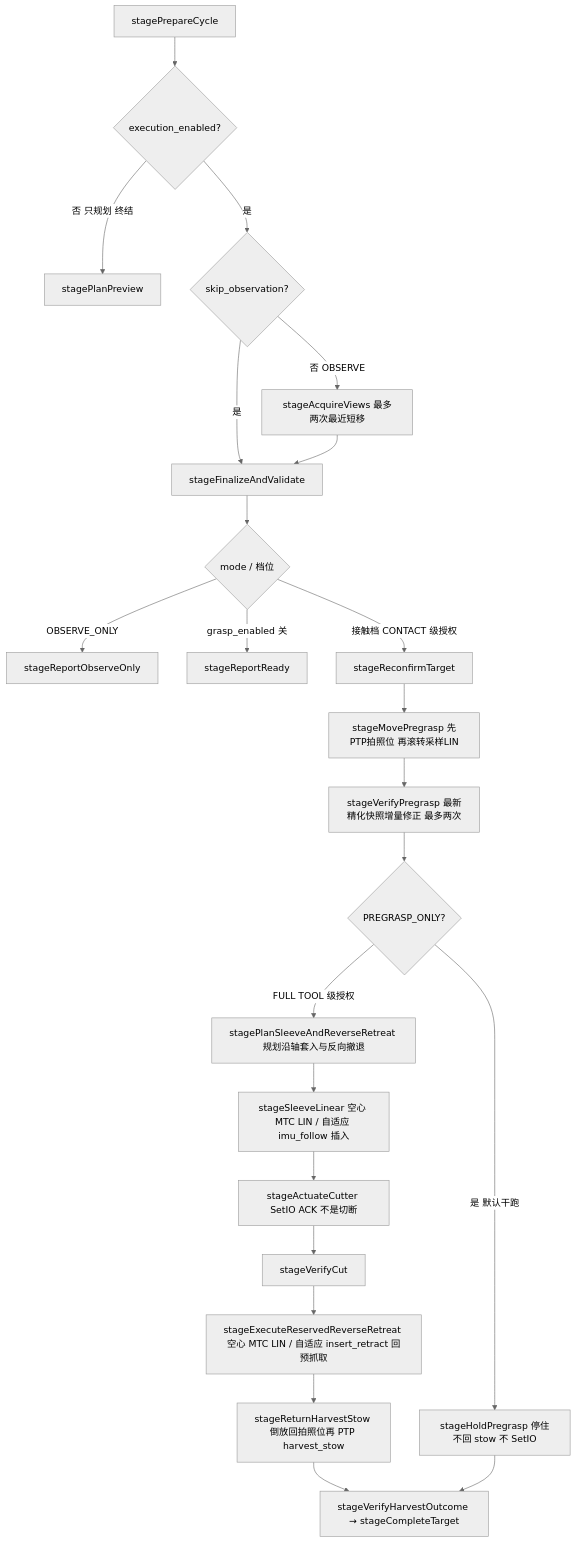
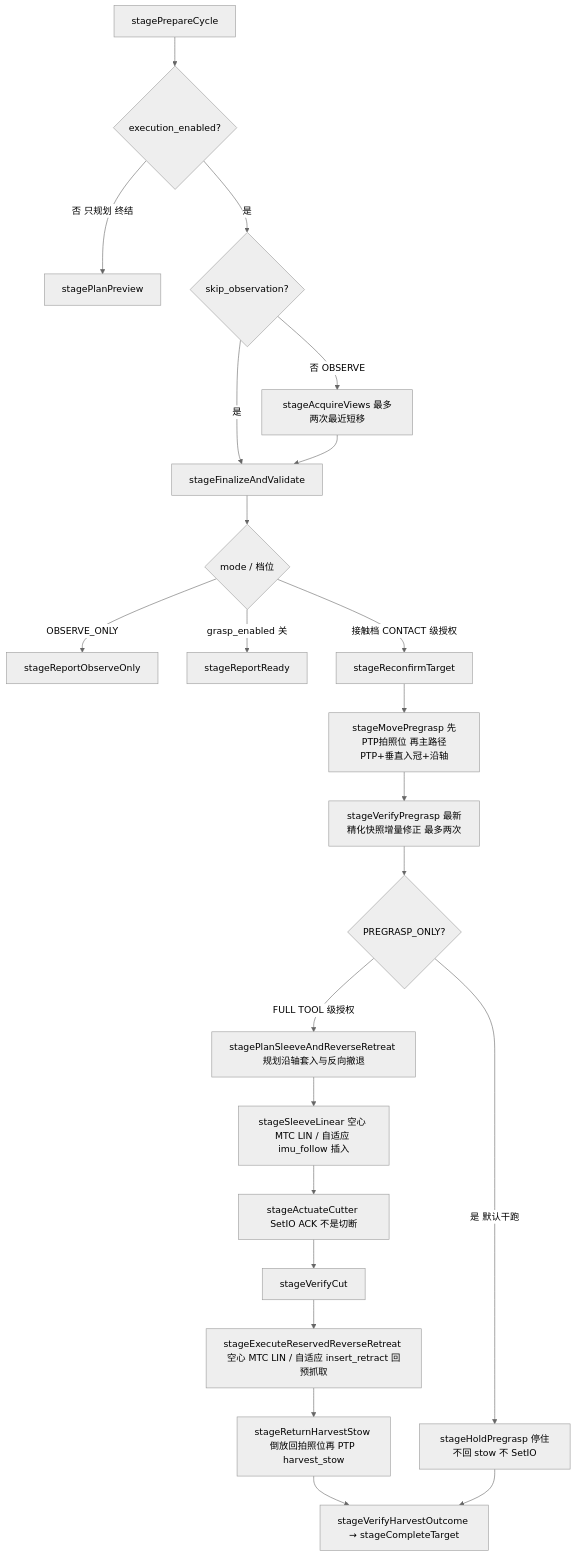
Before and after one commit to MUHAN11-c/aubo_boot: diagram 13 of 15 in docs/architecture.md, drawn with Mermaid (neutral theme). The commit also changed other lines of this file and 5 other files, not shown here.

Commit message:
docs(plan) peach E2E 测试方案 v1.2 + 活文档同步收口：已删 IDL 契约预留勘正（JobIntent/HarvestEvent/MatchStatus 随 e2f37ff 删）、回放塔 09-23 v4 三路点重封口径追平（43be561 欠账）、批次4-7/v4d 行为追平（档位门/实测行程判据/reconstruct_in_trajectory/deactivate 有界化/Pilz sequence blend）、RunHarvest request_id 空值 auto 时间戳兜底口径；peach_arm.yaml 接近段注释措辞收口（数值零变动）

````diff
--- a/docs/architecture.md
+++ b/docs/architecture.md
@@ -922,26 +922,26 @@
 ```mermaid
 flowchart TD
   Prep[stagePrepareCycle]
   Prep --> planOnly{execution_enabled?}
   planOnly -->|否 只规划 终结| Preview[stagePlanPreview]
   planOnly -->|是| skipObs{skip_observation?}
   skipObs -->|否 OBSERVE| Views[stageAcquireViews 最多两次最近短移]
   skipObs -->|是| Quality[stageFinalizeAndValidate]
   Views --> Quality
   Quality --> mode{mode / 档位}
   mode -->|OBSERVE_ONLY| RepObs[stageReportObserveOnly]
   mode -->|grasp_enabled 关| RepReady[stageReportReady]
   mode -->|接触档 CONTACT 级授权| Rec[stageReconfirmTarget]
-  Rec --> Move[stageMovePregrasp 先PTP拍照位 再滚转采样LIN]
+  Rec --> Move[stageMovePregrasp 先PTP拍照位 再主路径PTP+垂直入冠+沿轴]
   Move --> Ver[stageVerifyPregrasp 最新精化快照增量修正 最多两次]
   Ver --> pg{PREGRASP_ONLY?}
   pg -->|是 默认干跑| Hold[stageHoldPregrasp 停住不回 stow 不 SetIO]
   pg -->|FULL TOOL 级授权| Sleeve[stagePlanSleeveAndReverseRetreat 规划沿轴套入与反向撤退]
   Sleeve --> Lin[stageSleeveLinear 空心 MTC LIN / 自适应 imu_follow 插入]
   Lin --> Cut[stageActuateCutter SetIO ACK 不是切断]
   Cut --> VCut[stageVerifyCut]
   VCut --> Ret[stageExecuteReservedReverseRetreat 空心 MTC LIN / 自适应 insert_retract 回预抓取]
   Ret --> Stow[stageReturnHarvestStow 倒放回拍照位再 PTP harvest_stow]
   Stow --> Done[stageVerifyHarvestOutcome → stageCompleteTarget]
   Hold --> Done
 ```
````
